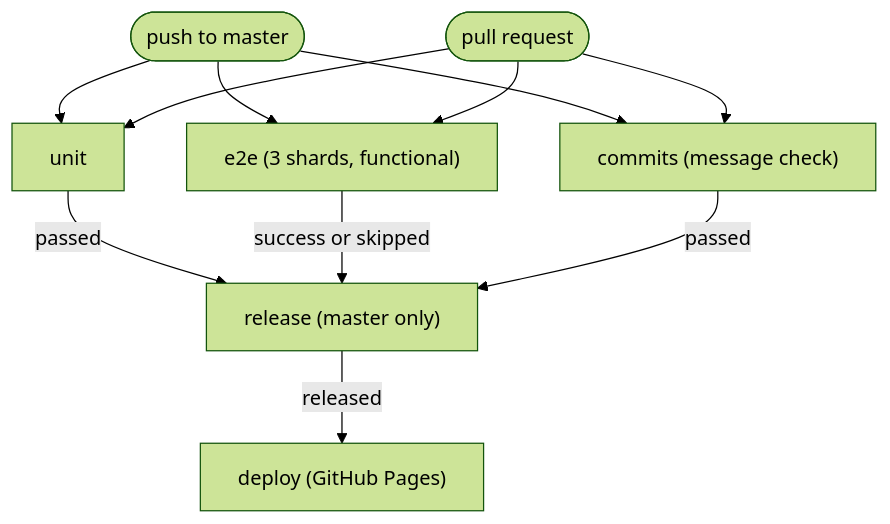
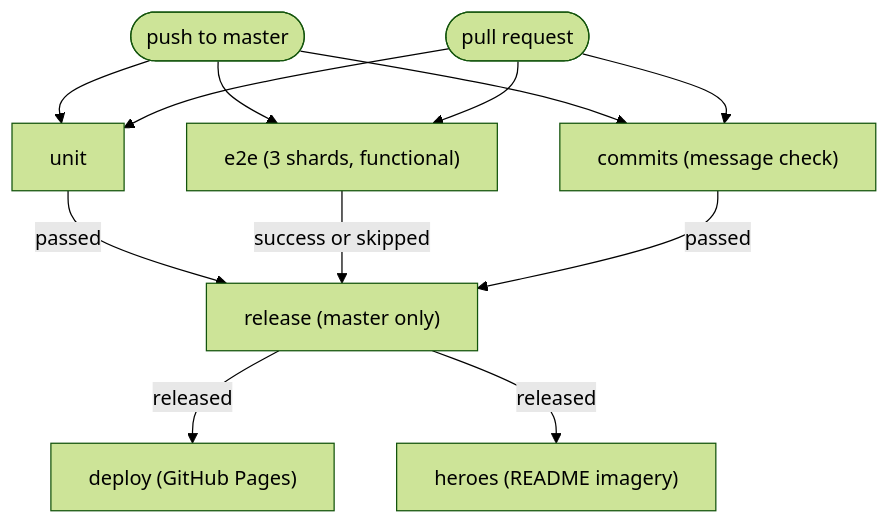
Before and after one commit to OpenGIS/app: the diagram in docs/13.ci.md, drawn with Mermaid (forest theme). The commit also changed other lines of this file and 1 other file, not shown here.

First line of the commit message:
ci: refresh the README heroes on every release

````diff
--- a/docs/13.ci.md
+++ b/docs/13.ci.md
@@ -37,13 +37,14 @@
 ```mermaid
 flowchart TD
     push([push to master]) --> unit
     push --> e2e["e2e (3 shards, functional)"]
     push --> commits["commits (message check)"]
     pr([pull request]) --> unit
     pr --> e2e
     pr --> commits
     unit -->|passed| release["release (master only)"]
     e2e -->|success or skipped| release
     commits -->|passed| release
     release -->|released| deploy["deploy (GitHub Pages)"]
+    release -->|released| heroes["heroes (README imagery)"]
 ```
````
